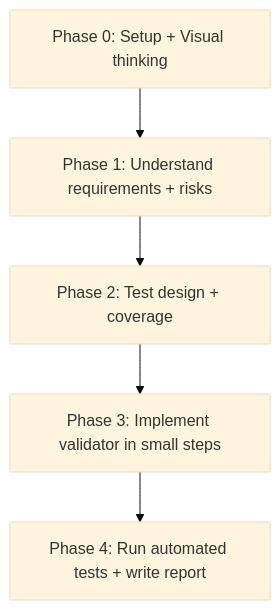
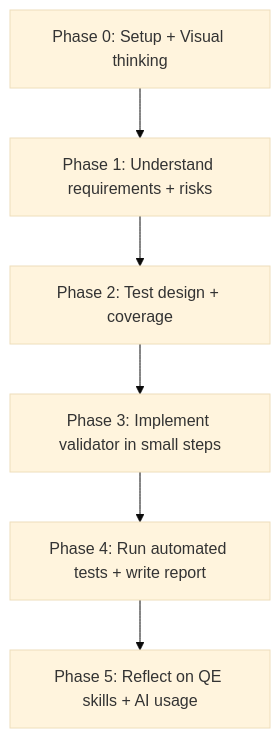
The diagram in readme.md (bazmbk/qe_work_experience), drawn with Mermaid (base theme) before and after one commit. The commit also changed other lines of this file and 8 other files, not shown here.

Commit message:
Align exercise phases, timelines, and reporting guidance

````diff
--- a/readme.md
+++ b/readme.md
@@ -70,7 +71,8 @@
 ```mermaid
 flowchart TD
   P0[Phase 0: Setup + Visual thinking] --> P1[Phase 1: Understand requirements + risks]
   P1 --> P2[Phase 2: Test design + coverage]
   P2 --> P3[Phase 3: Implement validator in small steps]
   P3 --> P4[Phase 4: Run automated tests + write report]
+  P4 --> P5[Phase 5: Reflect on QE skills + AI usage]
 ```
````
